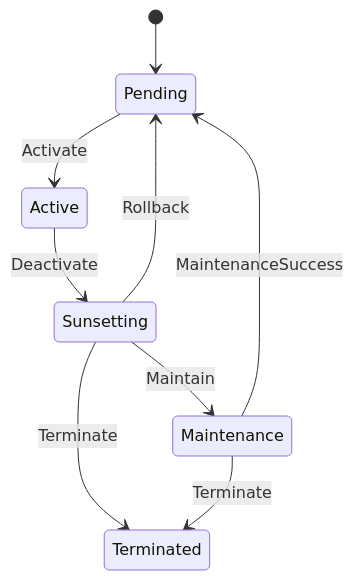
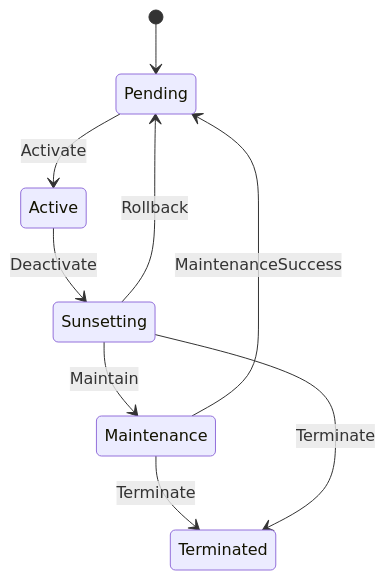
The diagram in examples/docs/server_state_machine.mermaid (kookyleo/yasm), drawn with Mermaid before and after one commit. The commit also changed other lines of this file and 6 other files, not shown here.

```diff
--- a/examples/docs/server_state_machine.mermaid
+++ b/examples/docs/server_state_machine.mermaid
@@ -1,9 +1,9 @@
 stateDiagram-v2
     [*] --> Pending
-    Maintenance --> Pending : MaintenanceSuccess
     Active --> Sunsetting : Deactivate
+    Sunsetting --> Maintenance : Maintain
     Pending --> Active : Activate
-    Sunsetting --> Terminated : Terminate
-    Sunsetting --> Maintenance : Maintain
     Sunsetting --> Pending : Rollback
     Maintenance --> Terminated : Terminate
+    Maintenance --> Pending : MaintenanceSuccess
+    Sunsetting --> Terminated : Terminate
```
